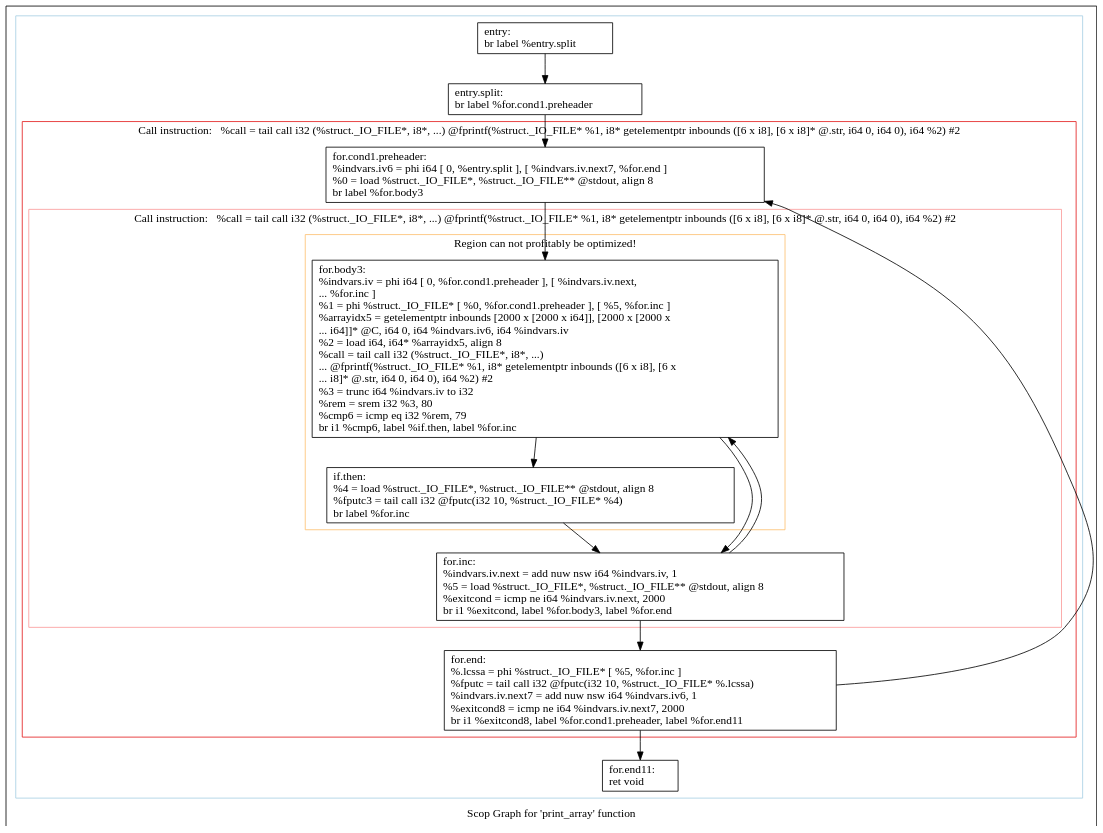
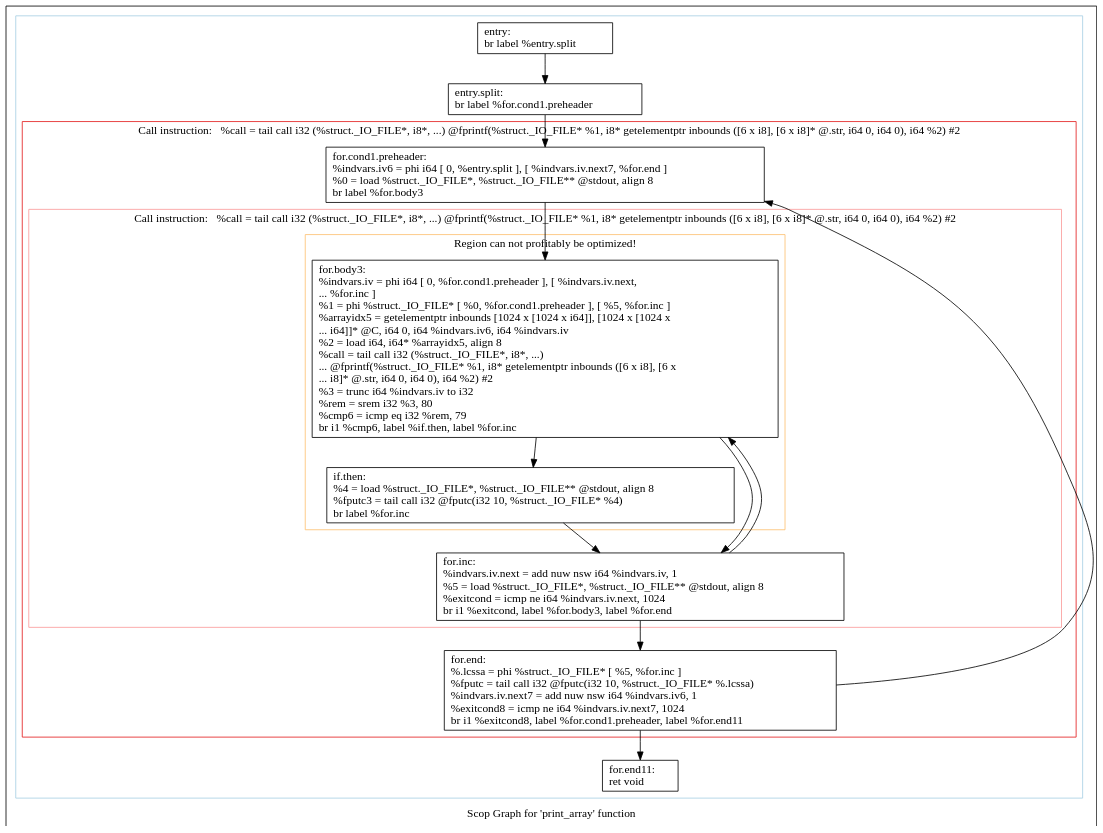
Before and after one commit to samminweng/WhileyOpenCL: the diagram in polly/MatrixMult/impl/handwritten/dot/scops.print_array.dot, drawn with Graphviz. The commit also changed 167 other files, not shown here.

```diff
--- a/polly/MatrixMult/impl/handwritten/dot/scops.print_array.dot
+++ b/polly/MatrixMult/impl/handwritten/dot/scops.print_array.dot
@@ -1,51 +1,51 @@
 digraph "Scop Graph for 'print_array' function" {
 	label="Scop Graph for 'print_array' function";
 
-	Node0x5e04310 [shape=record,label="{entry:\l  br label %entry.split\l}"];
-	Node0x5e04310 -> Node0x5e08ef0;
-	Node0x5e08ef0 [shape=record,label="{entry.split:                                      \l  br label %for.cond1.preheader\l}"];
-	Node0x5e08ef0 -> Node0x5de6560;
-	Node0x5de6560 [shape=record,label="{for.cond1.preheader:                              \l  %indvars.iv6 = phi i64 [ 0, %entry.split ], [ %indvars.iv.next7, %for.end ]\l  %0 = load %struct._IO_FILE*, %struct._IO_FILE** @stdout, align 8\l  br label %for.body3\l}"];
-	Node0x5de6560 -> Node0x5e04330;
-	Node0x5e04330 [shape=record,label="{for.body3:                                        \l  %indvars.iv = phi i64 [ 0, %for.cond1.preheader ], [ %indvars.iv.next,\l... %for.inc ]\l  %1 = phi %struct._IO_FILE* [ %0, %for.cond1.preheader ], [ %5, %for.inc ]\l  %arrayidx5 = getelementptr inbounds [2000 x [2000 x i64]], [2000 x [2000 x\l... i64]]* @C, i64 0, i64 %indvars.iv6, i64 %indvars.iv\l  %2 = load i64, i64* %arrayidx5, align 8\l  %call = tail call i32 (%struct._IO_FILE*, i8*, ...)\l... @fprintf(%struct._IO_FILE* %1, i8* getelementptr inbounds ([6 x i8], [6 x\l... i8]* @.str, i64 0, i64 0), i64 %2) #2\l  %3 = trunc i64 %indvars.iv to i32\l  %rem = srem i32 %3, 80\l  %cmp6 = icmp eq i32 %rem, 79\l  br i1 %cmp6, label %if.then, label %for.inc\l}"];
-	Node0x5e04330 -> Node0x5de4710;
-	Node0x5e04330 -> Node0x5e0b090;
-	Node0x5de4710 [shape=record,label="{if.then:                                          \l  %4 = load %struct._IO_FILE*, %struct._IO_FILE** @stdout, align 8\l  %fputc3 = tail call i32 @fputc(i32 10, %struct._IO_FILE* %4)\l  br label %for.inc\l}"];
-	Node0x5de4710 -> Node0x5e0b090;
-	Node0x5e0b090 [shape=record,label="{for.inc:                                          \l  %indvars.iv.next = add nuw nsw i64 %indvars.iv, 1\l  %5 = load %struct._IO_FILE*, %struct._IO_FILE** @stdout, align 8\l  %exitcond = icmp ne i64 %indvars.iv.next, 2000\l  br i1 %exitcond, label %for.body3, label %for.end\l}"];
-	Node0x5e0b090 -> Node0x5e04330[constraint=false];
-	Node0x5e0b090 -> Node0x5e0afc0;
-	Node0x5e0afc0 [shape=record,label="{for.end:                                          \l  %.lcssa = phi %struct._IO_FILE* [ %5, %for.inc ]\l  %fputc = tail call i32 @fputc(i32 10, %struct._IO_FILE* %.lcssa)\l  %indvars.iv.next7 = add nuw nsw i64 %indvars.iv6, 1\l  %exitcond8 = icmp ne i64 %indvars.iv.next7, 2000\l  br i1 %exitcond8, label %for.cond1.preheader, label %for.end11\l}"];
-	Node0x5e0afc0 -> Node0x5de6560[constraint=false];
-	Node0x5e0afc0 -> Node0x5e04350;
-	Node0x5e04350 [shape=record,label="{for.end11:                                        \l  ret void\l}"];
+	Node0x6311640 [shape=record,label="{entry:\l  br label %entry.split\l}"];
+	Node0x6311640 -> Node0x6311600;
+	Node0x6311600 [shape=record,label="{entry.split:                                      \l  br label %for.cond1.preheader\l}"];
+	Node0x6311600 -> Node0x6320ec0;
+	Node0x6320ec0 [shape=record,label="{for.cond1.preheader:                              \l  %indvars.iv6 = phi i64 [ 0, %entry.split ], [ %indvars.iv.next7, %for.end ]\l  %0 = load %struct._IO_FILE*, %struct._IO_FILE** @stdout, align 8\l  br label %for.body3\l}"];
+	Node0x6320ec0 -> Node0x62fb000;
+	Node0x62fb000 [shape=record,label="{for.body3:                                        \l  %indvars.iv = phi i64 [ 0, %for.cond1.preheader ], [ %indvars.iv.next,\l... %for.inc ]\l  %1 = phi %struct._IO_FILE* [ %0, %for.cond1.preheader ], [ %5, %for.inc ]\l  %arrayidx5 = getelementptr inbounds [1024 x [1024 x i64]], [1024 x [1024 x\l... i64]]* @C, i64 0, i64 %indvars.iv6, i64 %indvars.iv\l  %2 = load i64, i64* %arrayidx5, align 8\l  %call = tail call i32 (%struct._IO_FILE*, i8*, ...)\l... @fprintf(%struct._IO_FILE* %1, i8* getelementptr inbounds ([6 x i8], [6 x\l... i8]* @.str, i64 0, i64 0), i64 %2) #2\l  %3 = trunc i64 %indvars.iv to i32\l  %rem = srem i32 %3, 80\l  %cmp6 = icmp eq i32 %rem, 79\l  br i1 %cmp6, label %if.then, label %for.inc\l}"];
+	Node0x62fb000 -> Node0x6321690;
+	Node0x62fb000 -> Node0x63216f0;
+	Node0x6321690 [shape=record,label="{if.then:                                          \l  %4 = load %struct._IO_FILE*, %struct._IO_FILE** @stdout, align 8\l  %fputc3 = tail call i32 @fputc(i32 10, %struct._IO_FILE* %4)\l  br label %for.inc\l}"];
+	Node0x6321690 -> Node0x63216f0;
+	Node0x63216f0 [shape=record,label="{for.inc:                                          \l  %indvars.iv.next = add nuw nsw i64 %indvars.iv, 1\l  %5 = load %struct._IO_FILE*, %struct._IO_FILE** @stdout, align 8\l  %exitcond = icmp ne i64 %indvars.iv.next, 1024\l  br i1 %exitcond, label %for.body3, label %for.end\l}"];
+	Node0x63216f0 -> Node0x62fb000[constraint=false];
+	Node0x63216f0 -> Node0x6321710;
+	Node0x6321710 [shape=record,label="{for.end:                                          \l  %.lcssa = phi %struct._IO_FILE* [ %5, %for.inc ]\l  %fputc = tail call i32 @fputc(i32 10, %struct._IO_FILE* %.lcssa)\l  %indvars.iv.next7 = add nuw nsw i64 %indvars.iv6, 1\l  %exitcond8 = icmp ne i64 %indvars.iv.next7, 1024\l  br i1 %exitcond8, label %for.cond1.preheader, label %for.end11\l}"];
+	Node0x6321710 -> Node0x6320ec0[constraint=false];
+	Node0x6321710 -> Node0x6321950;
+	Node0x6321950 [shape=record,label="{for.end11:                                        \l  ret void\l}"];
 	colorscheme = "paired12"
-        subgraph cluster_0x5de4620 {
+        subgraph cluster_0x62faf30 {
           label = "";
           style = solid;
           color = 1
-          subgraph cluster_0x5e04910 {
+          subgraph cluster_0x63114d0 {
             label = "Call instruction:   %call = tail call i32 (%struct._IO_FILE*, i8*, ...) @fprintf(%struct._IO_FILE* %1, i8* getelementptr inbounds ([6 x i8], [6 x i8]* @.str, i64 0, i64 0), i64 %2) #2";
             style = solid;
             color = 6
-            subgraph cluster_0x5e04890 {
+            subgraph cluster_0x6311450 {
               label = "Call instruction:   %call = tail call i32 (%struct._IO_FILE*, i8*, ...) @fprintf(%struct._IO_FILE* %1, i8* getelementptr inbounds ([6 x i8], [6 x i8]* @.str, i64 0, i64 0), i64 %2) #2";
               style = solid;
               color = 5
-              subgraph cluster_0x5e04810 {
+              subgraph cluster_0x63113d0 {
                 label = "Region can not profitably be optimized!";
                 style = solid;
                 color = 7
-                Node0x5e04330;
-                Node0x5de4710;
+                Node0x62fb000;
+                Node0x6321690;
               }
-              Node0x5e0b090;
+              Node0x63216f0;
             }
-            Node0x5de6560;
-            Node0x5e0afc0;
+            Node0x6320ec0;
+            Node0x6321710;
           }
-          Node0x5e04310;
-          Node0x5e08ef0;
-          Node0x5e04350;
+          Node0x6311640;
+          Node0x6311600;
+          Node0x6321950;
         }
 }
```
